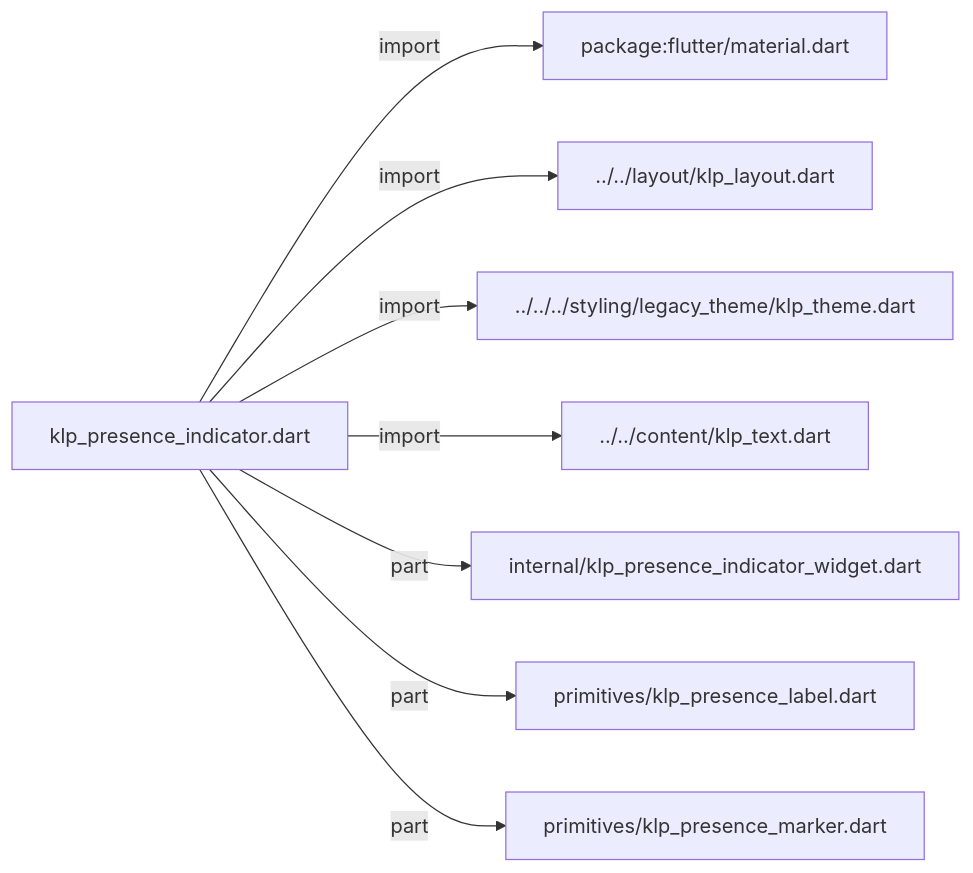
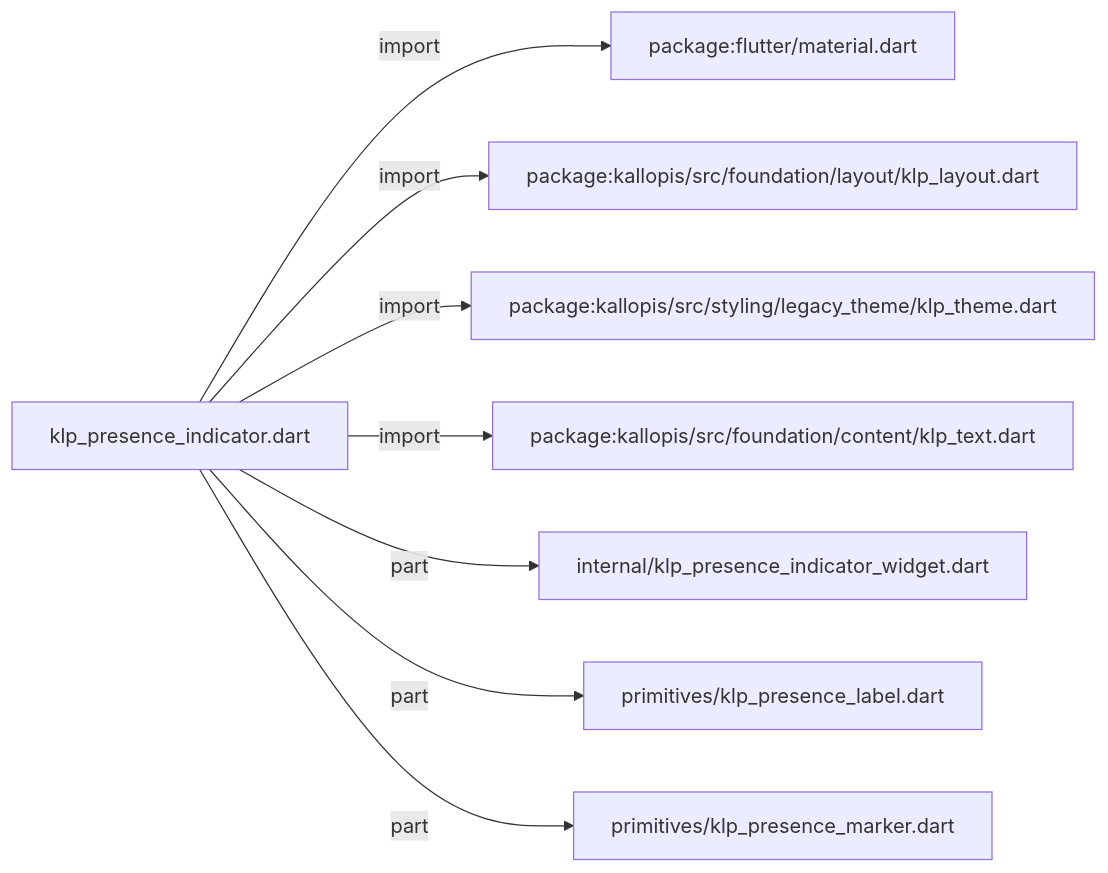
Before and after one commit to MiuDog/Kallopis: the diagram in docs/architecture/src/foundation/interaction/filter/klp_presence_indicator.md, drawn with Mermaid. The commit also changed other lines of this file and 9688 other files, not shown here.

Commit message:
Prepare isolated Flow F2 peer baseline

````diff
--- a/docs/architecture/src/foundation/interaction/filter/klp_presence_indicator.md
+++ b/docs/architecture/src/foundation/interaction/filter/klp_presence_indicator.md
@@ -11,18 +11,18 @@
 ```mermaid
 flowchart LR
 	n0["klp_presence_indicator.dart"]
 	n1["package:flutter/material.dart"]
-	n2["../../layout/klp_layout.dart"]
-	n3["../../../styling/legacy_theme/klp_theme.dart"]
-	n4["../../content/klp_text.dart"]
+	n2["package:kallopis/src/foundation/layout/klp_layout.dart"]
+	n3["package:kallopis/src/styling/legacy_theme/klp_theme.dart"]
+	n4["package:kallopis/src/foundation/content/klp_text.dart"]
 	n5["internal/klp_presence_indicator_widget.dart"]
 	n6["primitives/klp_presence_label.dart"]
 	n7["primitives/klp_presence_marker.dart"]
 	n0 -->|"import"| n1
 	n0 -->|"import"| n2
 	n0 -->|"import"| n3
 	n0 -->|"import"| n4
 	n0 -->|"part"| n5
 	n0 -->|"part"| n6
 	n0 -->|"part"| n7
 ```
````
